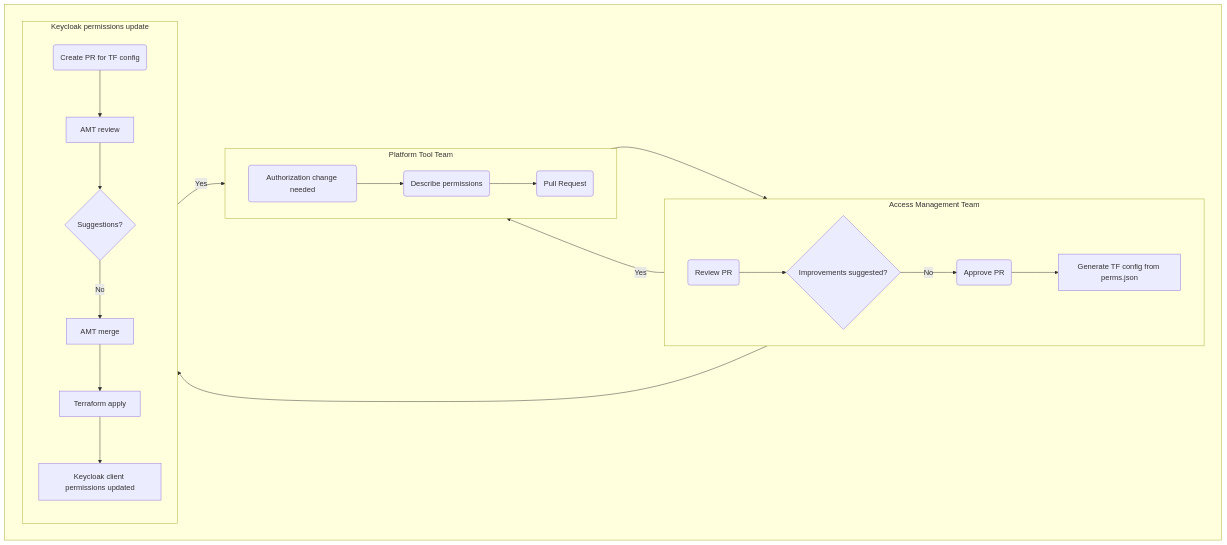
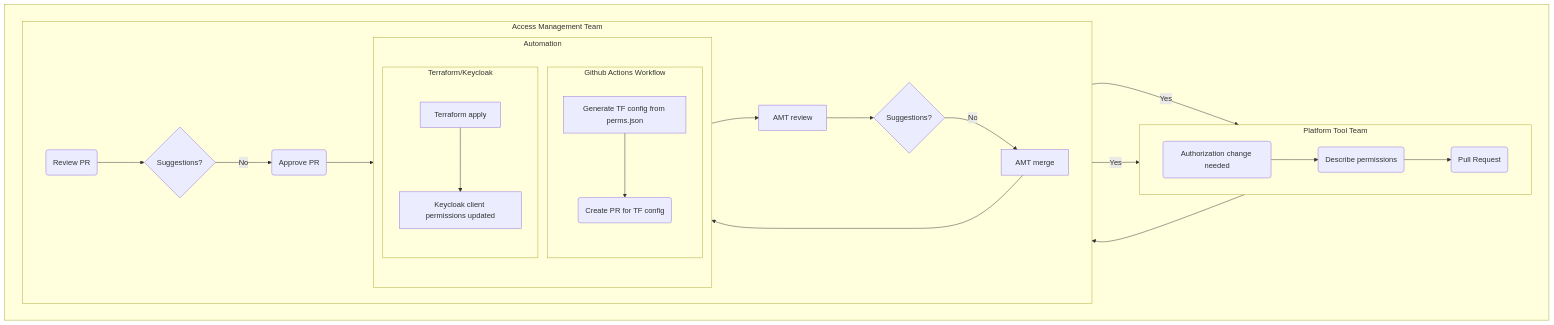
One commit to department-of-veterans-affairs/va.gov-platform-architecture changed the diagram in rfc/2022/2022-06-15 - The permissions lifecycle for platform tools wiill be managed via version control.md. Above: the diagram before and after it, drawn with Mermaid.

Commit message:
Organize diagram

````diff
--- a/rfc/2022/2022-06-15 - The permissions lifecycle for platform tools wiill be managed via version control.md
+++ b/rfc/2022/2022-06-15 - The permissions lifecycle for platform tools wiill be managed via version control.md
@@ -25,41 +25,46 @@
 ```mermaid
 flowchart
     subgraph permissions_lifecycle[ ]
         direction LR
         subgraph ptt[Platform Tool Team]
             direction LR
             auth_needed(Authorization change needed)
             desc_perms(Describe permissions)
             pr(Pull Request)
 
             auth_needed --> desc_perms
             desc_perms --> pr
         end
 
         pr --> review
         
         subgraph amt[Access Management Team]
             direction LR
             review(Review PR)
-            suggests{Improvements suggested?}
+            suggests{Suggestions?}
             approve(Approve PR)
             review --> suggests
             suggests --> |Yes| pr
             suggests --> |No| approve
             approve --> gen_tf
-        end
 
-        %% amt --> auto
+            subgraph auto[Automation]
+                direction TB
+                subgraph gha[Github Actions Workflow]
+                    gen_tf[Generate TF config from perms.json] --> gha_pr(Create PR for TF config)
+                end
+                
 
-        subgraph auto[Keycloak permissions update]
-            direction TB
-            gen_tf[Generate TF config from perms.json] --> gha_pr(Create PR for TF config)
+                subgraph tf[Terraform/Keycloak]
+                    tf_apply[Terraform apply] --> kc_client_updated[Keycloak client permissions updated]
+                end
+            end
+           
             gha_pr --> amt_tf_review[AMT review]
             amt_tf_review --> suggests2{Suggestions?}
+            suggests2 --> |No| merge[AMT merge]
             suggests2 --> |Yes| pr
-            suggests2 --> |No| merge[AMT merge]
-            merge --> tf_apply[Terraform apply]
-            tf_apply --> kc_client_updated[Keycloak client permissions updated]
-        end
+            merge --> tf_apply
+      end
     end
 ```
````
